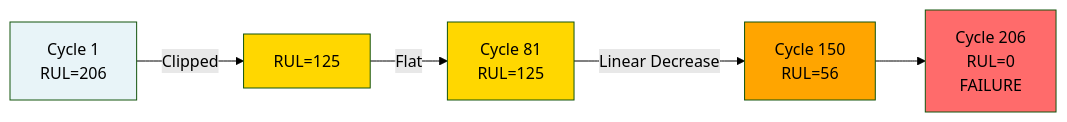
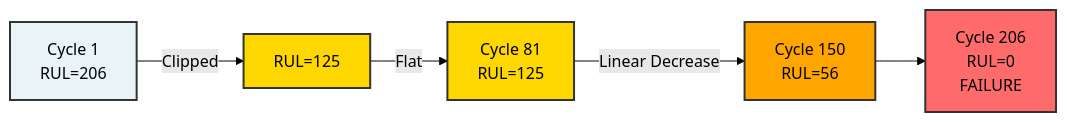
One commit to nasim-raj-laskar/Real-Time-Aircraft-Engine-Predictive-Maintenance-System changed the second of 2 diagrams in docs/02_preprocessing.md. Above: the diagram before and after it, drawn with Mermaid (forest theme). The commit also changed other lines of this file and 8 other files, not shown here.

````diff
--- a/docs/02_preprocessing.md
+++ b/docs/02_preprocessing.md
@@ -104,13 +104,13 @@
 ```mermaid
 graph LR
     A[Cycle 1<br/>RUL=206] -->|Clipped| B[RUL=125]
     B -->|Flat| C[Cycle 81<br/>RUL=125]
     C -->|Linear Decrease| D[Cycle 150<br/>RUL=56]
     D --> E[Cycle 206<br/>RUL=0<br/>FAILURE]
     
-    style A fill:#E8F4F8
-    style B fill:#FFD700
-    style C fill:#FFD700
-    style D fill:#FFA500
-    style E fill:#FF6B6B
+    style A fill:#E8F4F8,stroke:#333,stroke-width:2px,color:#000
+    style B fill:#FFD700,stroke:#333,stroke-width:2px,color:#000
+    style C fill:#FFD700,stroke:#333,stroke-width:2px,color:#000
+    style D fill:#FFA500,stroke:#333,stroke-width:2px,color:#000
+    style E fill:#FF6B6B,stroke:#333,stroke-width:2px,color:#000
 ```
````
